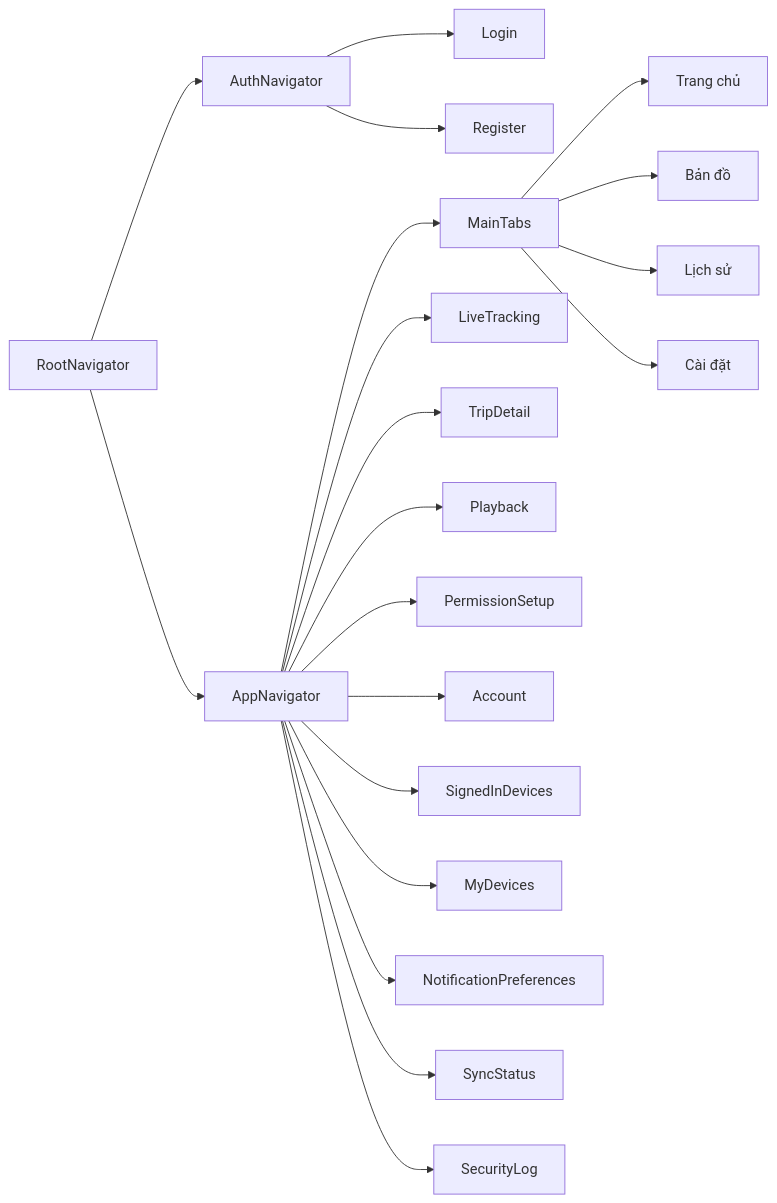
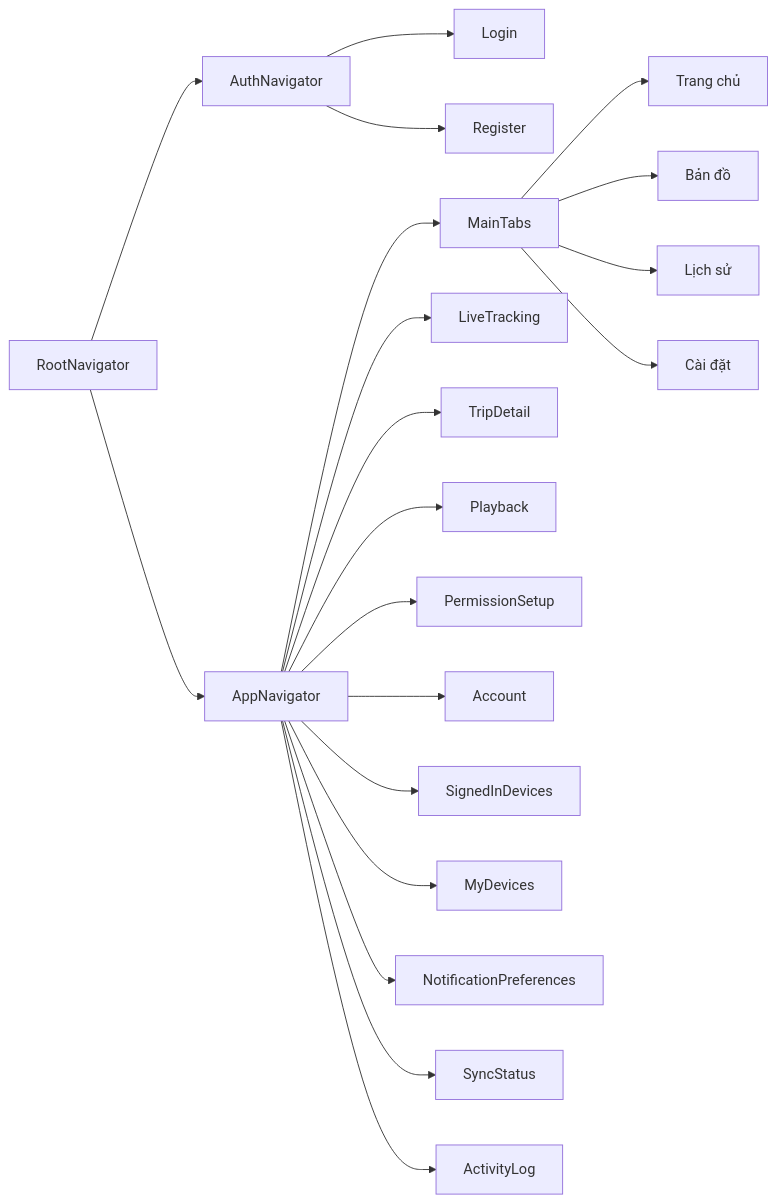
The second of 4 diagrams in PROJECT_EXPORT.md (bupbalabup/MMA301), drawn with Mermaid before and after one commit. The commit also changed other lines of this file and 32 other files, not shown here.

````diff
--- a/PROJECT_EXPORT.md
+++ b/PROJECT_EXPORT.md
@@ -60,22 +60,22 @@
 ```mermaid
 flowchart LR
   RootNavigator --> AuthNavigator
   RootNavigator --> AppNavigator
   AuthNavigator --> Login
   AuthNavigator --> Register
   AppNavigator --> MainTabs
   MainTabs --> HomeTab[Trang chủ]
   MainTabs --> MapTab[Bản đồ]
   MainTabs --> HistoryTab[Lịch sử]
   MainTabs --> SettingsTab[Cài đặt]
   AppNavigator --> LiveTracking
   AppNavigator --> TripDetail
   AppNavigator --> Playback
   AppNavigator --> PermissionSetup
   AppNavigator --> Account
   AppNavigator --> SignedInDevices
   AppNavigator --> MyDevices
   AppNavigator --> NotificationPreferences
   AppNavigator --> SyncStatus
-  AppNavigator --> SecurityLog
+  AppNavigator --> ActivityLog
 ```
````
